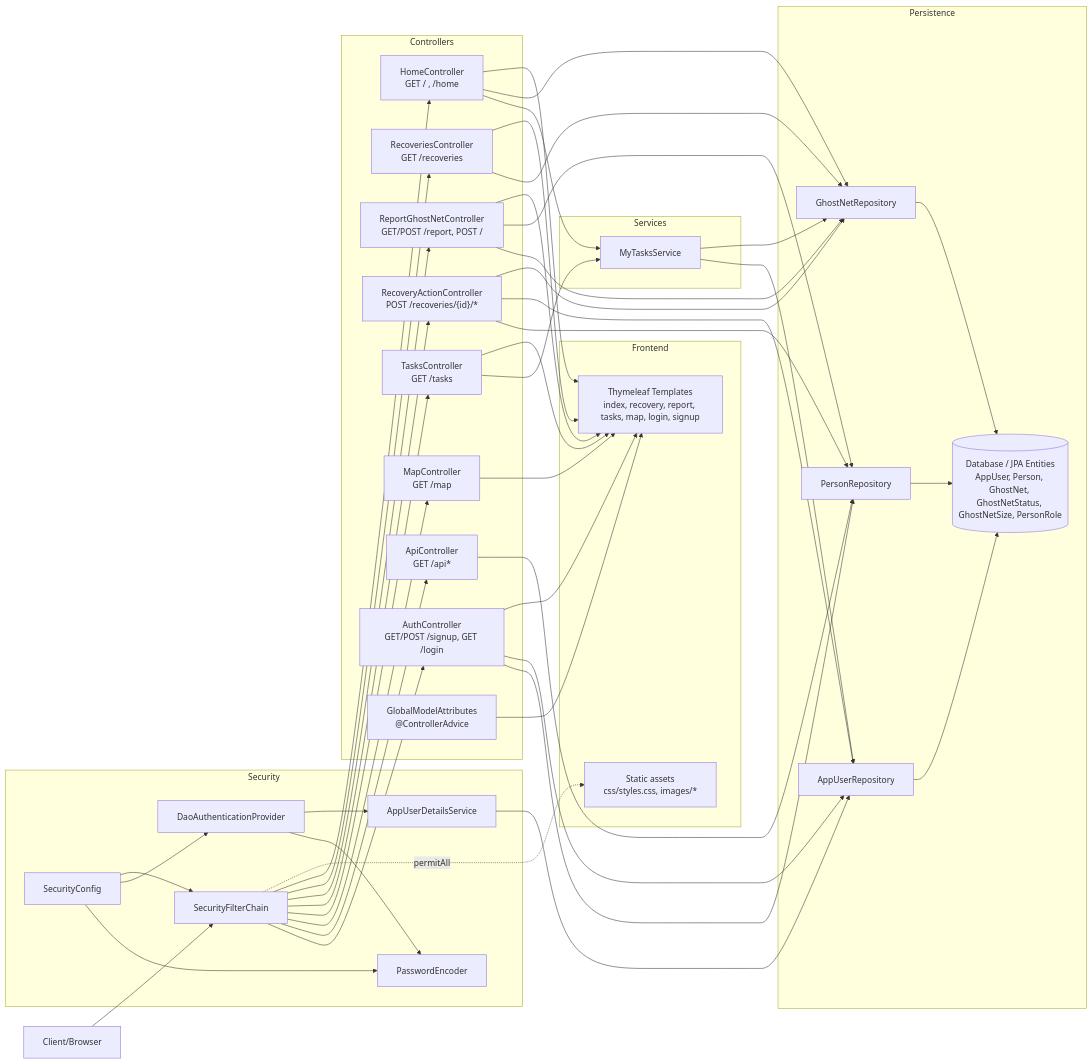
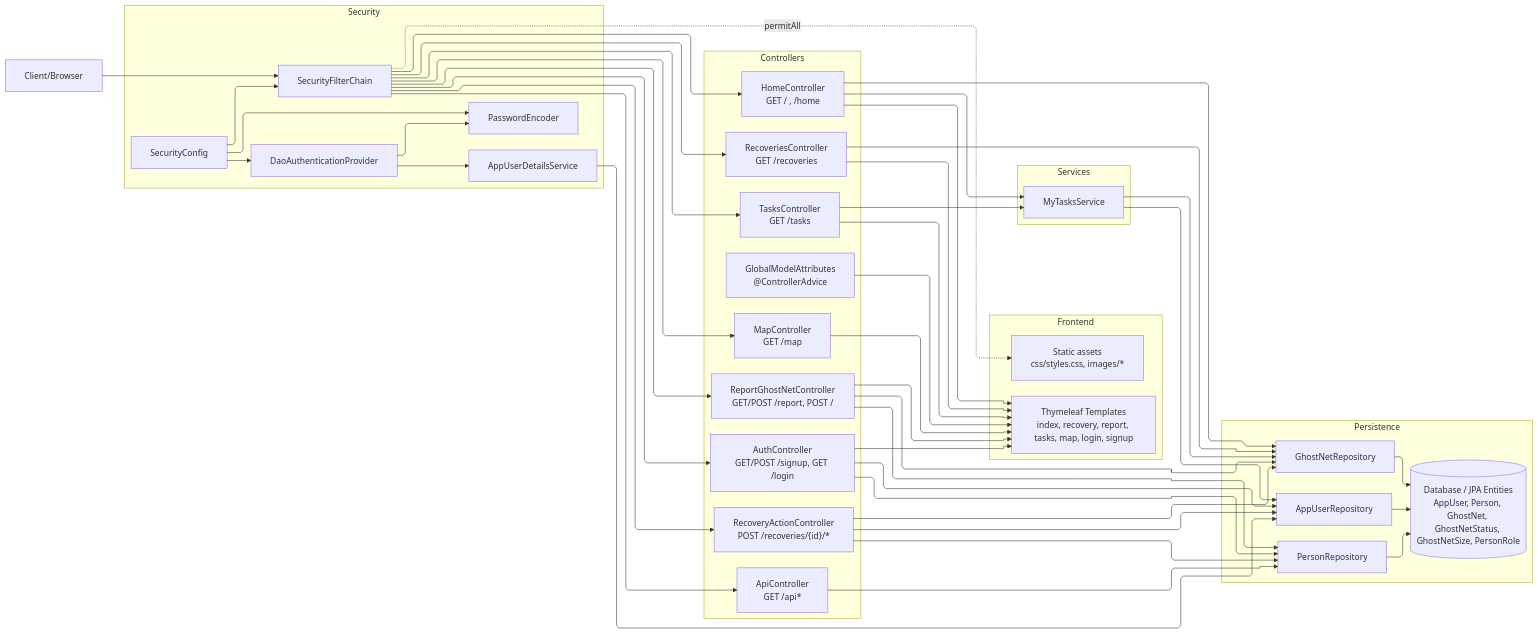
One commit to EMaksy/GhostNetFishing changed the diagram in docs/backend-uml.md. Above: the diagram before and after it, drawn with Mermaid.

Commit message:
improve uml

````diff
--- a/docs/backend-uml.md
+++ b/docs/backend-uml.md
@@ -1,5 +1,5 @@
 ```mermaid
-%%{init: {'flowchart': {'useMaxWidth': false, 'nodeSpacing': 55, 'rankSpacing': 70, 'padding': 18}}}%%
+%%{init: {'flowchart': {'useMaxWidth': false, 'nodeSpacing': 55, 'rankSpacing': 70, 'padding': 18, 'curve': 'linear', 'defaultRenderer': 'elk', 'elk': {'algorithm': 'layered', 'direction': 'RIGHT', 'edgeRouting': 'ORTHOGONAL', 'nodePlacement.strategy': 'NETWORK_SIMPLEX'}}}}%%
 graph LR
   %% Entry & Security
   Client[Client/Browser]
````
